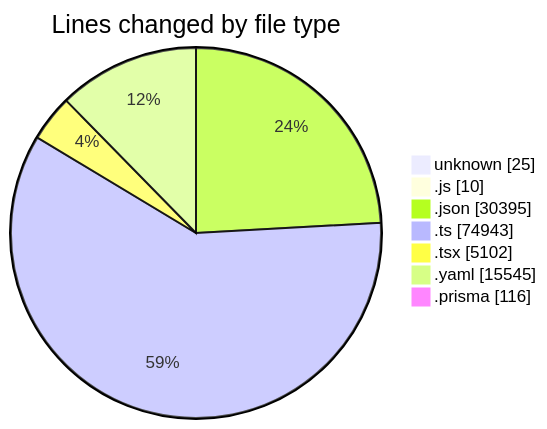
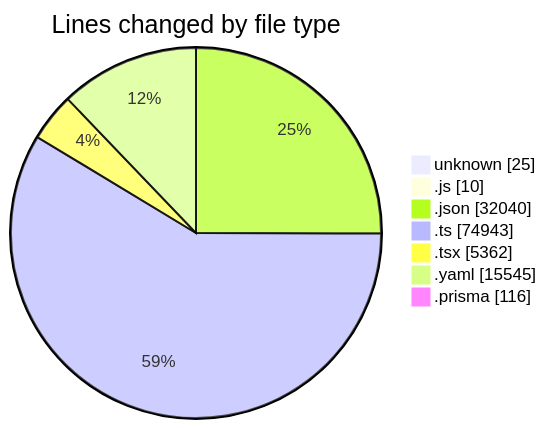
The first of 2 diagrams in 2025-05-02/ecodeli/README.md (CELIANVF/code-tracking), drawn with Mermaid before and after one commit. The commit also changed other lines of this file and 1 other file, not shown here.

````diff
--- a/2025-05-02/ecodeli/README.md
+++ b/2025-05-02/ecodeli/README.md
@@ -78,11 +79,11 @@
 ```mermaid
 pie showData
 title Lines changed by file type
 "unknown" : 25
 ".js" : 10
-".json" : 30395
+".json" : 32040
 ".ts" : 74943
-".tsx" : 5102
+".tsx" : 5362
 ".yaml" : 15545
 ".prisma" : 116
 ```
````
